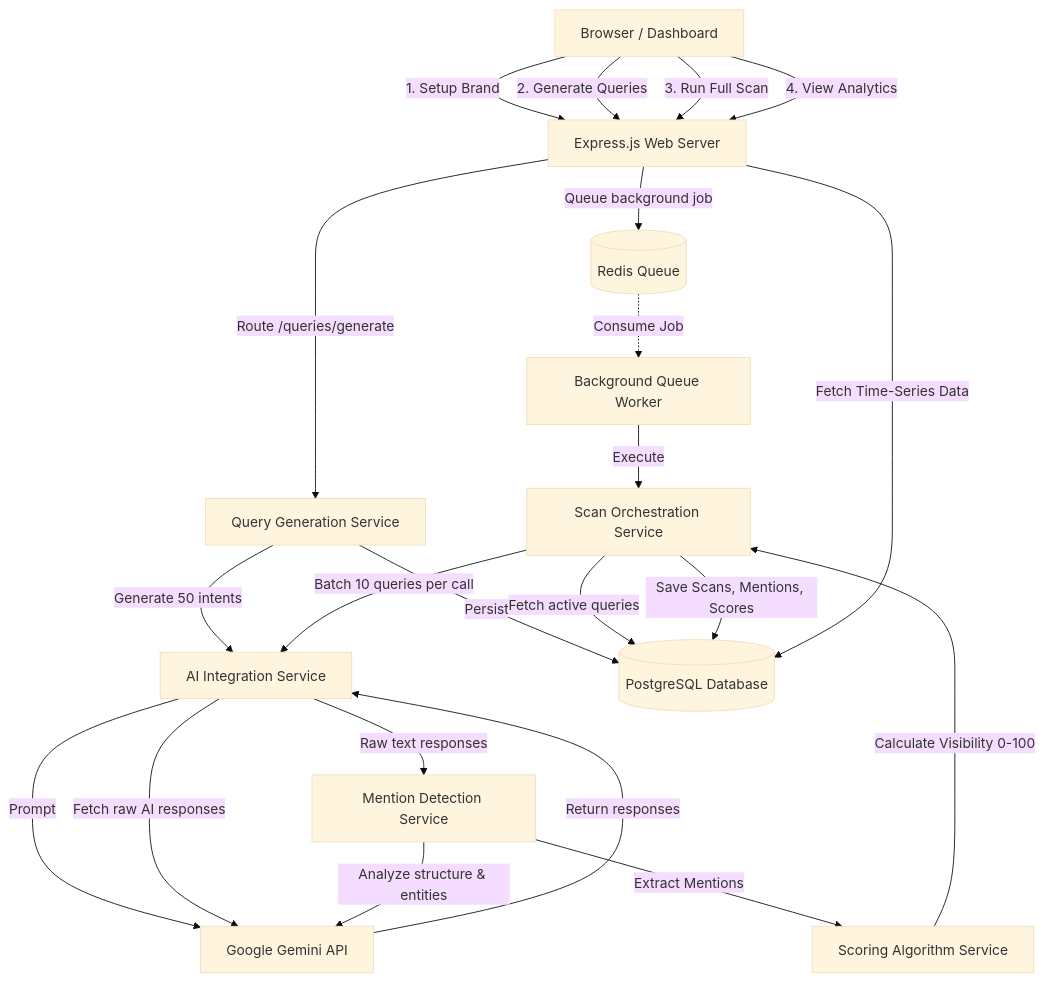
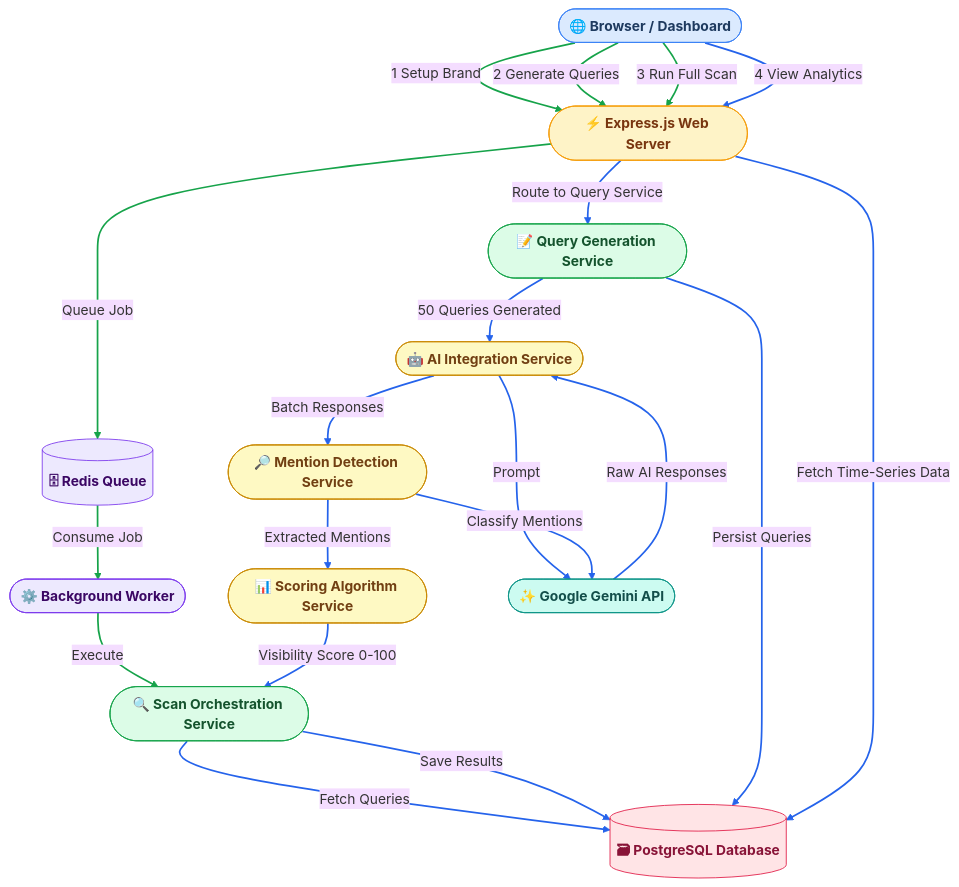
One commit to KTsama07/Er1s.ai changed the diagram in README.md. Above: the diagram before and after it, drawn with Mermaid (base theme). The commit also changed other lines of this file, not shown here.

Commit message:
Replace mermaid diagram with colored boxes and blue/green flow lines

````diff
--- a/README.md
+++ b/README.md
@@ -23,51 +23,56 @@
 ```mermaid
 graph TD
     %% Core Entities
-    Client[Browser / Dashboard]
-    Web[Express.js Web Server]
-    Worker[Background Queue Worker]
-    
+    Client([🌐 Browser / Dashboard]):::clientStyle
+    Web([⚡ Express.js Web Server]):::serverStyle
+
+    %% Queue
+    Redis[(🗄 Redis Queue)]:::queueStyle
+    Worker([⚙️ Background Worker]):::queueStyle
+
     %% Services
-    ScanSvc[Scan Orchestration Service]
-    QuerySvc[Query Generation Service]
-    AiSvc[AI Integration Service]
-    DetectSvc[Mention Detection Service]
-    ScoreSvc[Scoring Algorithm Service]
+    QuerySvc([📝 Query Generation Service]):::serviceStyle
+    ScanSvc([🔍 Scan Orchestration Service]):::serviceStyle
+    AiSvc([🤖 AI Integration Service]):::aiStyle
+    DetectSvc([🔎 Mention Detection Service]):::aiStyle
+    ScoreSvc([📊 Scoring Algorithm Service]):::aiStyle
 
     %% Data Stores
-    DB[(PostgreSQL Database)]
-    Redis[(Redis Queue)]
-    Gemini[Google Gemini API]
+    DB[(🗃 PostgreSQL Database)]:::dbStyle
+    Gemini([✨ Google Gemini API]):::geminiStyle
 
-    %% WORKFLOW & CONTROL FLOW
-    Client -->|1. Setup Brand| Web
-    Client -->|2. Generate Queries| Web
-    Client -->|3. Run Full Scan| Web
-    
-    Web -->|Queue background job| Redis
-    Redis -.->|Consume Job| Worker
+    %% --- CONTROL FLOW green ---
+    Client -->|1 Setup Brand| Web
+    Client -->|2 Generate Queries| Web
+    Client -->|3 Run Full Scan| Web
+    Web -->|Queue Job| Redis
+    Redis -->|Consume Job| Worker
     Worker -->|Execute| ScanSvc
 
-    %% DATA FLOW
-    Web -->|Route /queries/generate| QuerySvc
-    QuerySvc -->|Generate 50 intents| AiSvc
+    %% --- DATA FLOW blue ---
+    Web -->|Route to Query Service| QuerySvc
+    QuerySvc -->|50 Queries Generated| AiSvc
     AiSvc -->|Prompt| Gemini
-    QuerySvc -->|Persist| DB
+    Gemini -->|Raw AI Responses| AiSvc
+    AiSvc -->|Batch Responses| DetectSvc
+    DetectSvc -->|Classify Mentions| Gemini
+    DetectSvc -->|Extracted Mentions| ScoreSvc
+    ScoreSvc -->|Visibility Score 0-100| ScanSvc
+    ScanSvc -->|Fetch Queries| DB
+    ScanSvc -->|Save Results| DB
+    QuerySvc -->|Persist Queries| DB
+    Client -->|4 View Analytics| Web
+    Web -->|Fetch Time-Series Data| DB
 
-    ScanSvc -->|Fetch active queries| DB
-    ScanSvc -->|Batch 10 queries per call| AiSvc
-    AiSvc -->|Fetch raw AI responses| Gemini
-    Gemini -->|Return responses| AiSvc
-    
-    AiSvc -->|Raw text responses| DetectSvc
-    DetectSvc -->|Analyze structure & entities| Gemini
-    DetectSvc -->|Extract Mentions| ScoreSvc
-    
-    ScoreSvc -->|Calculate Visibility 0-100| ScanSvc
-    
-    %% Persistence
-    ScanSvc -->|Save Scans, Mentions, Scores| DB
-    
-    Client -->|4. View Analytics| Web
-    Web -->|Fetch Time-Series Data| DB
+    %% --- STYLES ---
+    classDef clientStyle  fill:#DBEAFE,stroke:#3B82F6,color:#1E3A5F,font-weight:bold
+    classDef serverStyle  fill:#FEF3C7,stroke:#F59E0B,color:#78350F,font-weight:bold
+    classDef queueStyle   fill:#EDE9FE,stroke:#7C3AED,color:#3B0764,font-weight:bold
+    classDef serviceStyle fill:#DCFCE7,stroke:#16A34A,color:#14532D,font-weight:bold
+    classDef aiStyle      fill:#FEF9C3,stroke:#CA8A04,color:#713F12,font-weight:bold
+    classDef dbStyle      fill:#FFE4E6,stroke:#E11D48,color:#881337,font-weight:bold
+    classDef geminiStyle  fill:#CCFBF1,stroke:#0D9488,color:#134E4A,font-weight:bold
+
+    linkStyle 0,1,2,3,4,5 stroke:#16A34A,stroke-width:2px
+    linkStyle 6,7,8,9,10,11,12,13,14,15,16,17,18 stroke:#2563EB,stroke-width:2px
 ```
````
